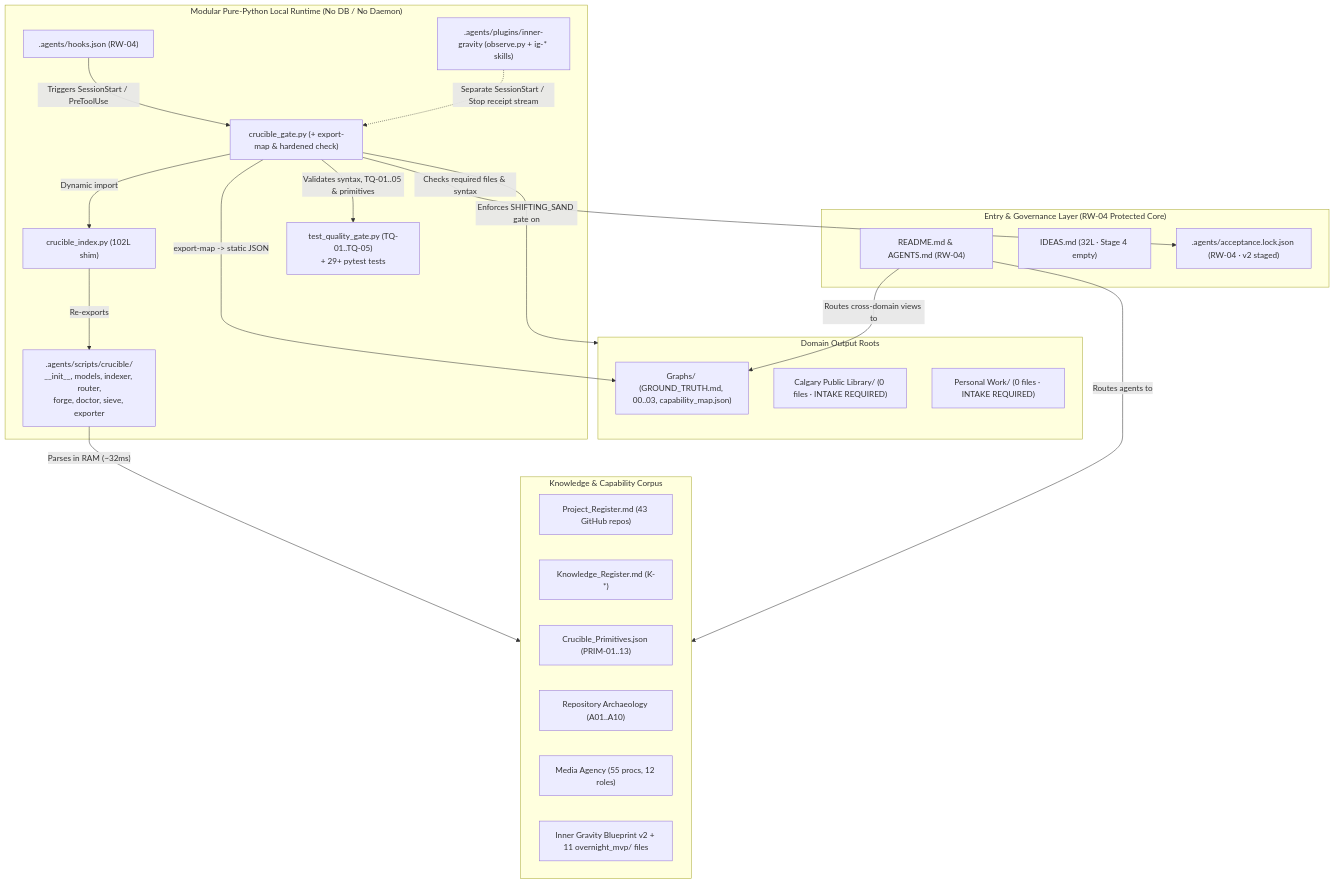
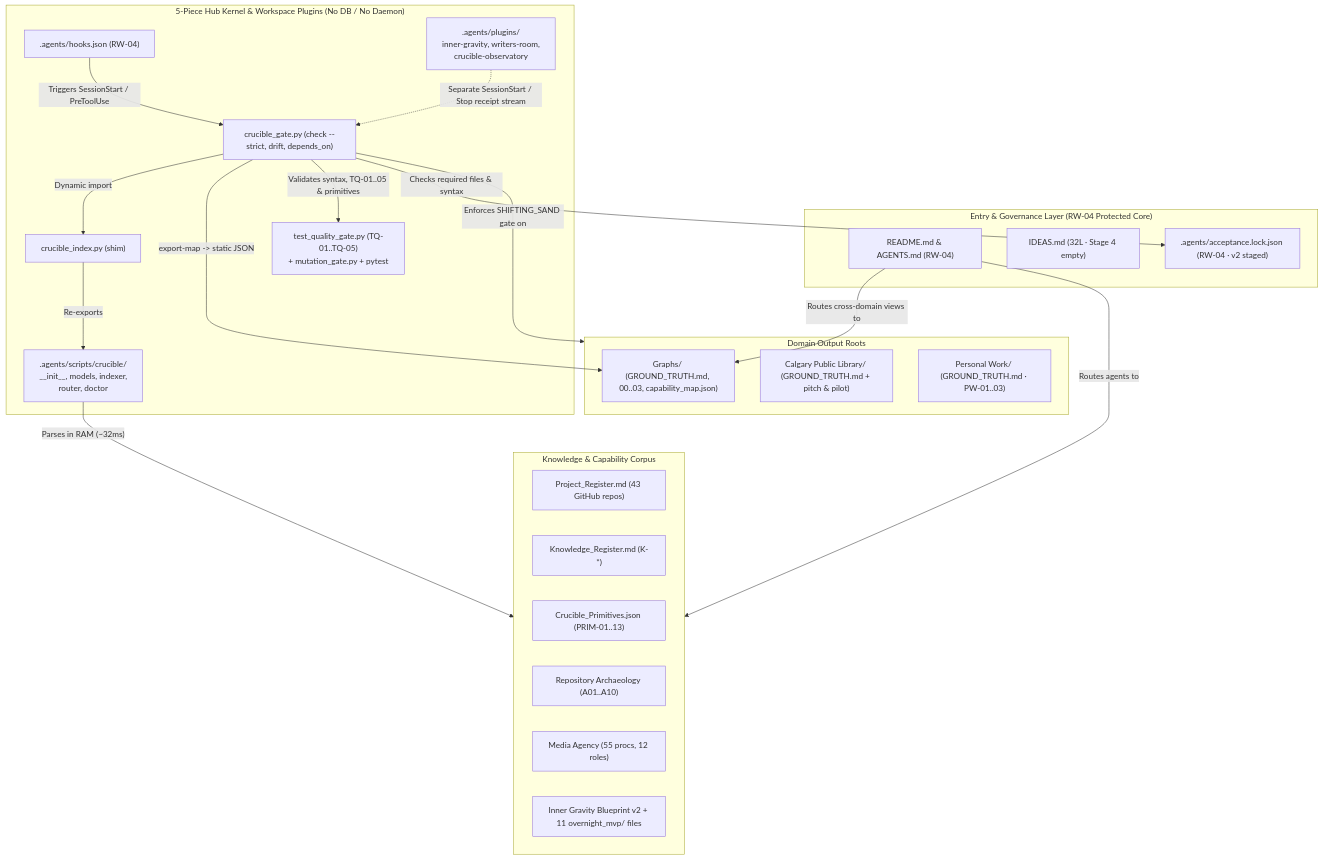
Before and after one commit to guarani-ux/Crucible-Domain: the diagram in Graphs/00_System_Atlas_and_Neon_Handoff.md, drawn with Mermaid. The commit also changed other lines of this file and 4 other files, not shown here.

Commit message:
Slice A (Hub Closure): self-model drift gate, depends_on staleness, capability precedence & K-TEST-01 tests

````diff
--- a/Graphs/00_System_Atlas_and_Neon_Handoff.md
+++ b/Graphs/00_System_Atlas_and_Neon_Handoff.md
@@ -36,44 +37,44 @@
 ```mermaid
 flowchart TD
     subgraph ENTRY["Entry & Governance Layer (RW-04 Protected Core)"]
         README["README.md & AGENTS.md (RW-04)"]
         IDEAS["IDEAS.md (32L · Stage 4 empty)"]
         LOCK[".agents/acceptance.lock.json (RW-04 · v2 staged)"]
     end
 
     subgraph KNOWLEDGE["Knowledge & Capability Corpus"]
         PROJ["Project_Register.md (43 GitHub repos)"]
         KNOW["Knowledge_Register.md (K-*)"]
         PRIM["Crucible_Primitives.json (PRIM-01..13)"]
         ARCH["Repository Archaeology (A01..A10)"]
         MEDIA["Media Agency (55 procs, 12 roles)"]
         BLUE["Inner Gravity Blueprint v2 + 11 overnight_mvp/ files"]
     end
 
-    subgraph RUNTIME["Modular Pure-Python Local Runtime (No DB / No Daemon)"]
+    subgraph RUNTIME["5-Piece Hub Kernel & Workspace Plugins (No DB / No Daemon)"]
         HOOKS[".agents/hooks.json (RW-04)"]
-        GATE["crucible_gate.py (+ export-map & hardened check)"]
-        SHIM["crucible_index.py (102L shim)"]
-        PKG[".agents/scripts/crucible/\n__init__, models, indexer, router,\nforge, doctor, sieve, exporter"]
-        TQ["test_quality_gate.py (TQ-01..TQ-05)\n+ 29+ pytest tests"]
-        IG_PLUG[".agents/plugins/inner-gravity (observe.py + ig-* skills)"]
+        GATE["crucible_gate.py (check --strict, drift, depends_on)"]
+        SHIM["crucible_index.py (shim)"]
+        PKG[".agents/scripts/crucible/\n__init__, models, indexer,\nrouter, doctor"]
+        TQ["test_quality_gate.py (TQ-01..TQ-05)\n+ mutation_gate.py + pytest"]
+        IG_PLUG[".agents/plugins/\ninner-gravity, writers-room,\ncrucible-observatory"]
     end
 
     subgraph OUTPUTS["Domain Output Roots"]
         GRAPHS["Graphs/ (GROUND_TRUTH.md, 00..03, capability_map.json)"]
-        CPL["Calgary Public Library/ (0 files · INTAKE REQUIRED)"]
-        PERS["Personal Work/ (0 files · INTAKE REQUIRED)"]
+        CPL["Calgary Public Library/ (GROUND_TRUTH.md + pitch & pilot)"]
+        PERS["Personal Work/ (GROUND_TRUTH.md · PW-01..03)"]
     end
 
     HOOKS -->|"Triggers SessionStart / PreToolUse"| GATE
     GATE -->|"Dynamic import"| SHIM
     SHIM -->|"Re-exports"| PKG
     PKG -->|"Parses in RAM (~32ms)"| KNOWLEDGE
     GATE -->|"export-map -> static JSON"| GRAPHS
     GATE -->|"Enforces SHIFTING_SAND gate on"| OUTPUTS
     GATE -->|"Validates syntax, TQ-01..05 & primitives"| TQ
     GATE -->|"Checks required files & syntax"| LOCK
     README -->|"Routes agents to"| KNOWLEDGE
     README -->|"Routes cross-domain views to"| GRAPHS
     IG_PLUG -.->|"Separate SessionStart / Stop receipt stream"| GATE
 ```
````
